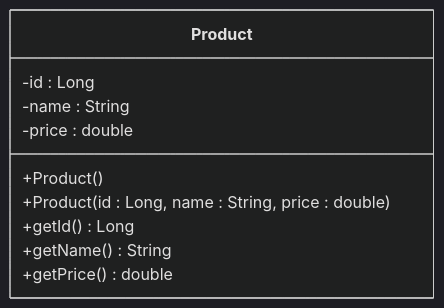
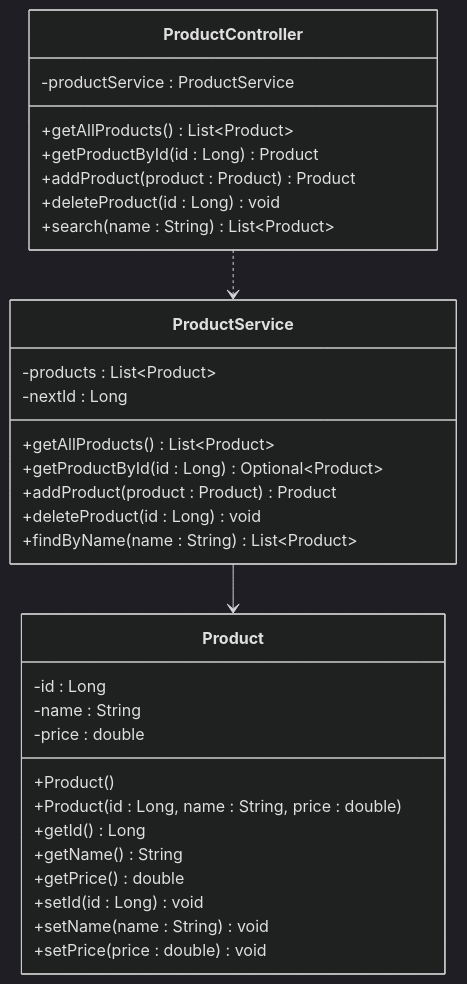
The diagram in docs/uml/Product.md (chiran20250162/products-api), drawn with Mermaid (dark theme) before and after one commit. The commit also changed 3 other files, not shown here.

Commit message:
Tutorial 3: ProductService with List: four CRUD endpoints working

````diff
--- a/docs/uml/Product.md
+++ b/docs/uml/Product.md
@@ -3,13 +3,35 @@
 ```mermaid
 classDiagram
     class Product {
         -id : Long
         -name : String
         -price : double
         +Product()
         +Product(id : Long, name : String, price : double)
         +getId() Long
         +getName() String
         +getPrice() double
+        +setId(id : Long) void
+        +setName(name : String) void
+        +setPrice(price : double) void
     }
+    class ProductService {
+        -products : List~Product~
+        -nextId : Long
+        +getAllProducts() List~Product~
+        +getProductById(id : Long) Optional~Product~
+        +addProduct(product : Product) Product
+        +deleteProduct(id : Long) void
+        +findByName(name : String) List~Product~
+    }
+    class ProductController {
+        -productService : ProductService
+        +getAllProducts() List~Product~
+        +getProductById(id : Long) Product
+        +addProduct(product : Product) Product
+        +deleteProduct(id : Long) void
+        +search(name : String) List~Product~
+    }
+    ProductController ..> ProductService
+    ProductService --> Product
 ```
````
